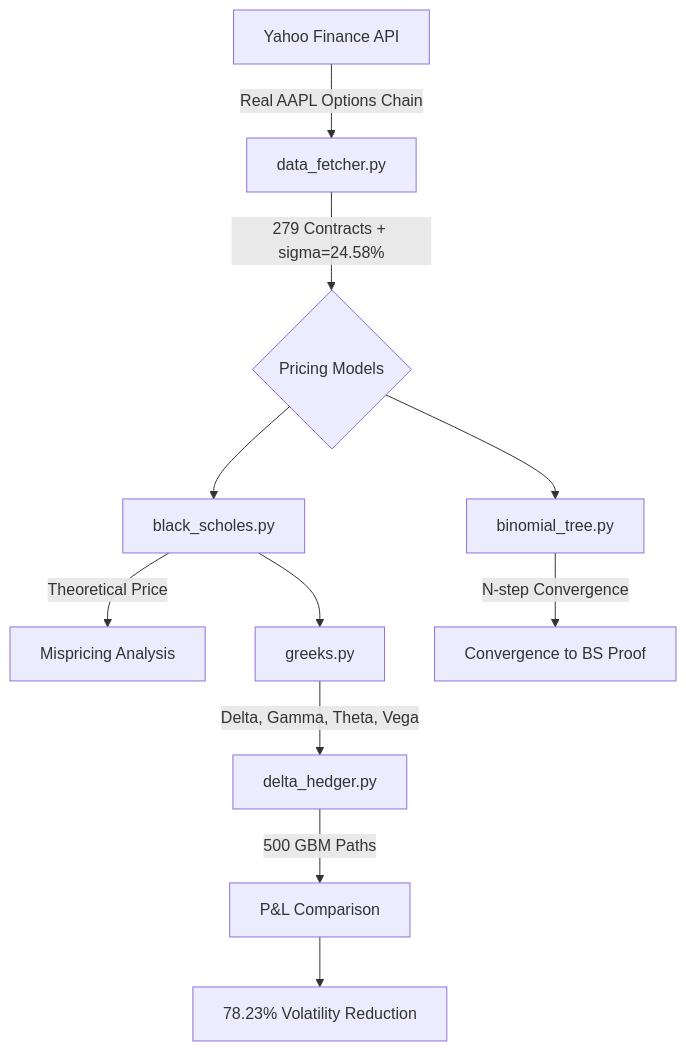
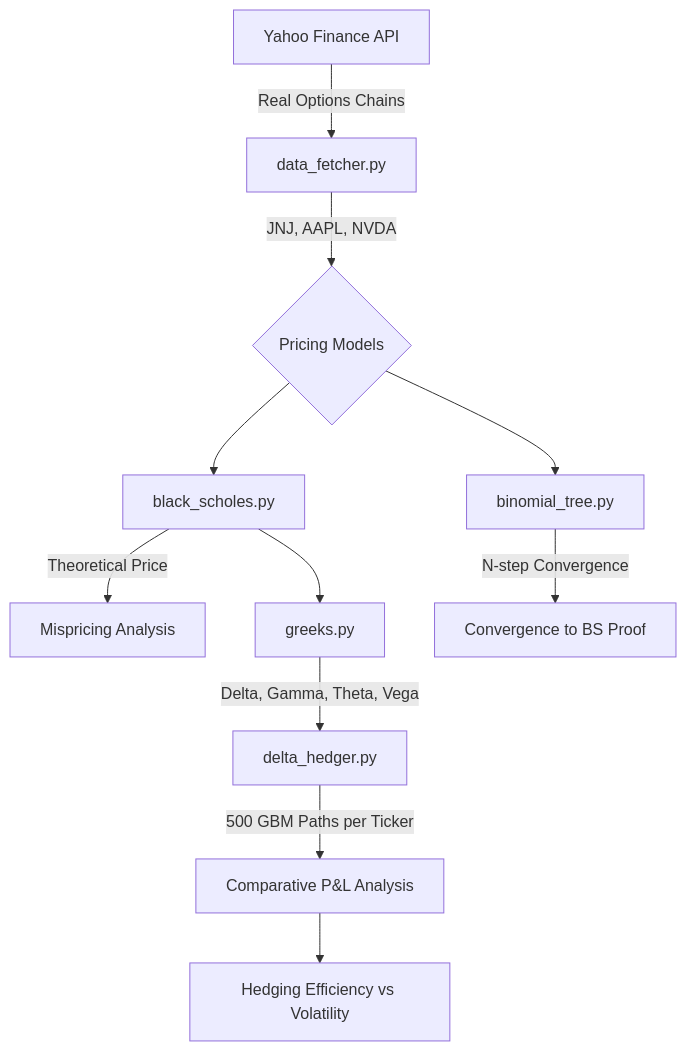
One commit to Cokaine29/IEOR_AI_ML_DS_Projects changed the diagram in 05_Options_Pricing_Engine/README.md. Above: the diagram before and after it, drawn with Mermaid. The commit also changed other lines of this file and 12 other files, not shown here.

Commit message:
Upgrade Project 5 to Multi-Regime Volatility Basket (JNJ, AAPL, NVDA)

````diff
--- a/05_Options_Pricing_Engine/README.md
+++ b/05_Options_Pricing_Engine/README.md
@@ -12,13 +15,13 @@
 ```mermaid
 graph TD
-    A[Yahoo Finance API] -->|Real AAPL Options Chain| B[data_fetcher.py]
-    B -->|279 Contracts + sigma=24.58%| C{Pricing Models}
+    A[Yahoo Finance API] -->|Real Options Chains| B[data_fetcher.py]
+    B -->|JNJ, AAPL, NVDA| C{Pricing Models}
     C --> D[black_scholes.py]
     C --> E[binomial_tree.py]
     D -->|Theoretical Price| F[Mispricing Analysis]
     E -->|N-step Convergence| G[Convergence to BS Proof]
     D --> H[greeks.py]
     H -->|Delta, Gamma, Theta, Vega| I[delta_hedger.py]
-    I -->|500 GBM Paths| J[P&L Comparison]
-    J --> K[78.23% Volatility Reduction]
+    I -->|500 GBM Paths per Ticker| J[Comparative P&L Analysis]
+    J --> K[Hedging Efficiency vs Volatility]
 ```
````
